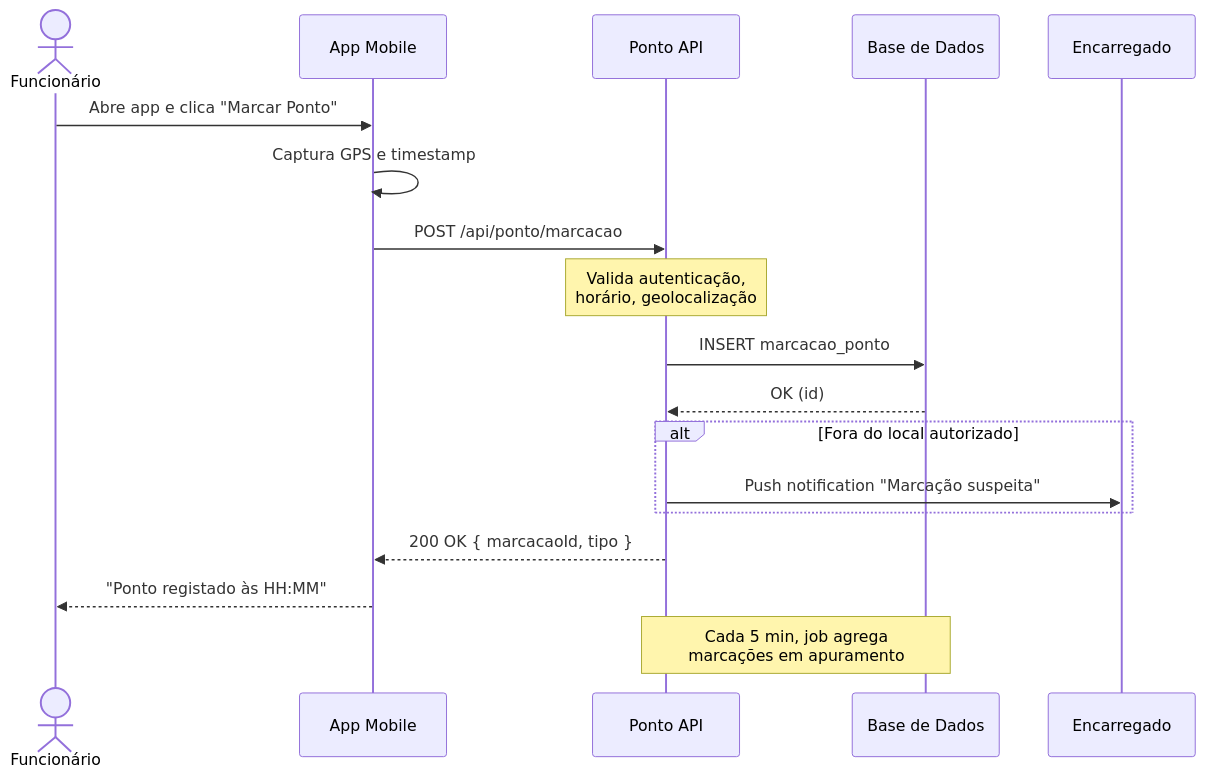
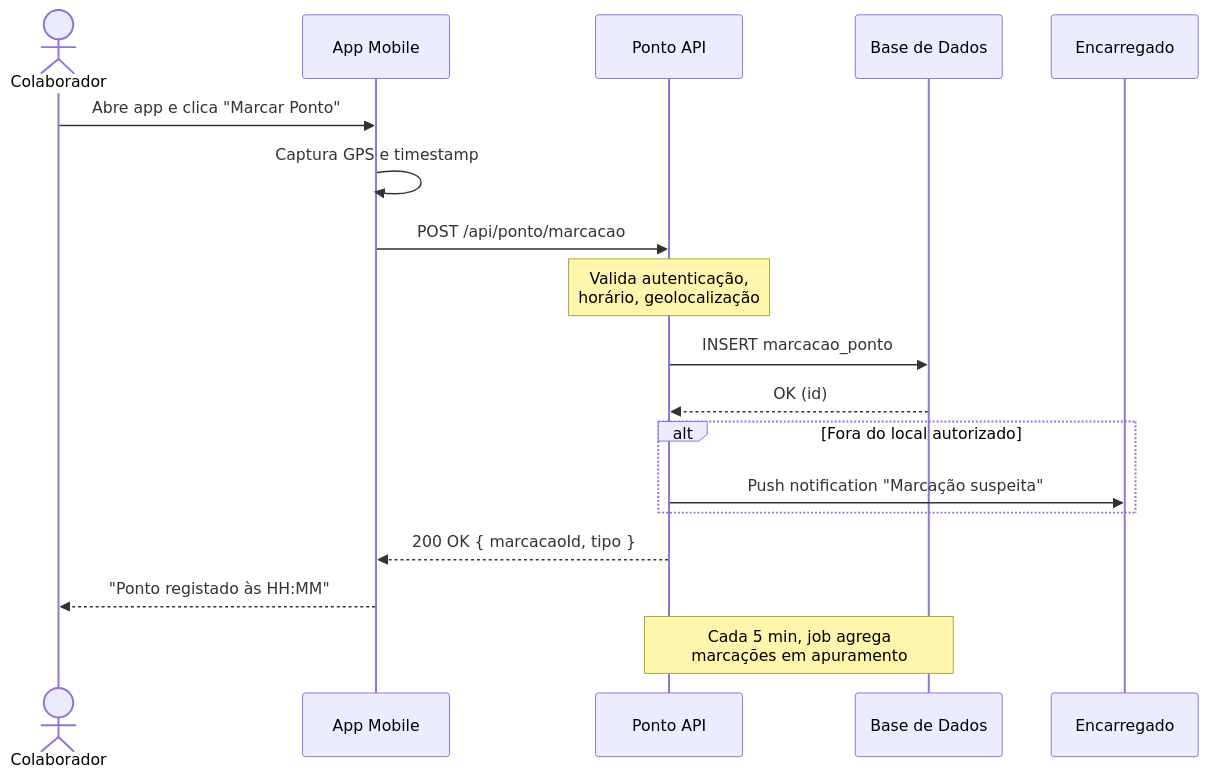
Before and after one commit to samuka7rodrigues/matadero-erp: the fourth of 5 diagrams in docs/01-analise-funcional.md, drawn with Mermaid. The commit also changed other lines of this file and 75 other files, not shown here.

````diff
--- a/docs/01-analise-funcional.md
+++ b/docs/01-analise-funcional.md
@@ -524,25 +524,25 @@
 ```mermaid
 sequenceDiagram
-    actor F as Funcionário
+    actor F as Colaborador
     participant M as App Mobile
     participant API as Ponto API
     participant DB as Base de Dados
     participant E as Encarregado
 
     F->>M: Abre app e clica "Marcar Ponto"
     M->>M: Captura GPS e timestamp
     M->>API: POST /api/ponto/marcacao
     Note over API: Valida autenticação,<br/>horário, geolocalização
 
     API->>DB: INSERT marcacao_ponto
     DB-->>API: OK (id)
 
     alt Fora do local autorizado
         API->>E: Push notification "Marcação suspeita"
     end
 
     API-->>M: 200 OK { marcacaoId, tipo }
     M-->>F: "Ponto registado às HH:MM"
 
     Note over API,DB: Cada 5 min, job agrega<br/>marcações em apuramento
 ```
````
